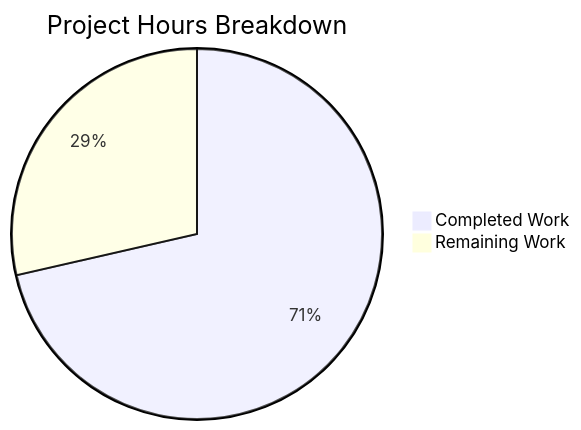
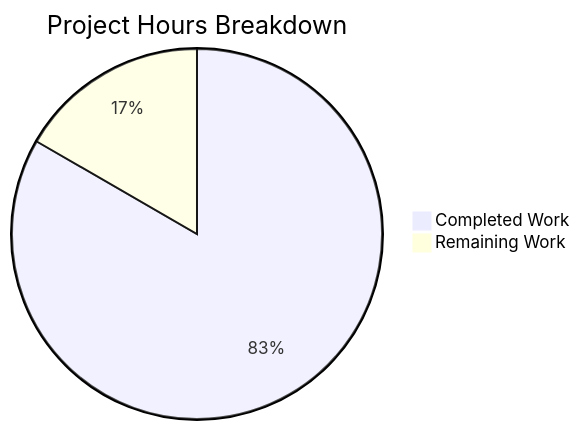
The second of 2 diagrams in blitzy/documentation/Project Guide.md (sudhanshu-spec/test-spec), drawn with Mermaid before and after one commit. The commit also changed other lines of this file, not shown here.

Commit message:
Adding Blitzy Project Guide: Project Status and Human Tasks Remaining

````diff
--- a/blitzy/documentation/Project Guide.md
+++ b/blitzy/documentation/Project Guide.md
@@ -34,5 +162,5 @@
 ```mermaid
 pie title Project Hours Breakdown
-    "Completed Work" : 10
-    "Remaining Work" : 4
+    "Completed Work" : 5
+    "Remaining Work" : 1
 ```
````
